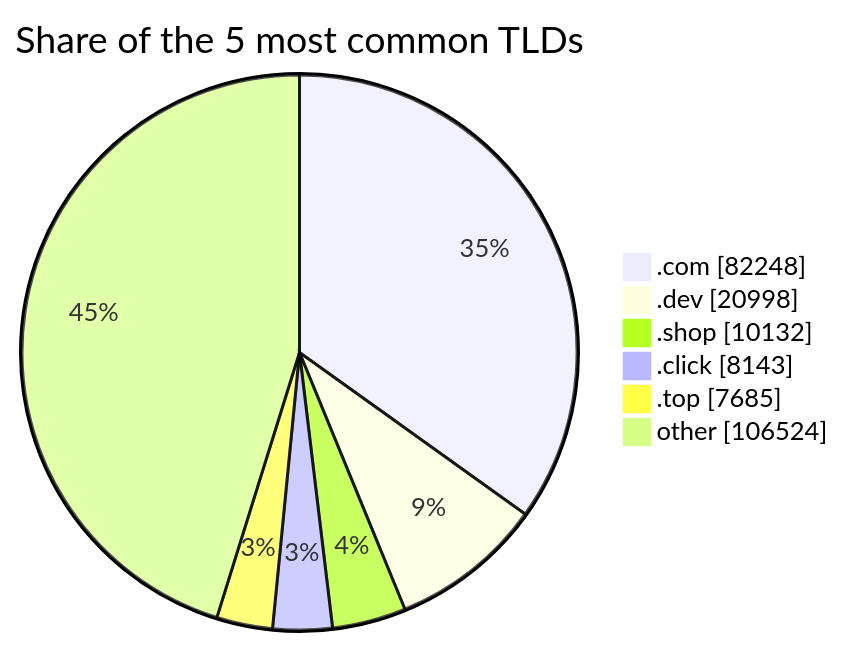
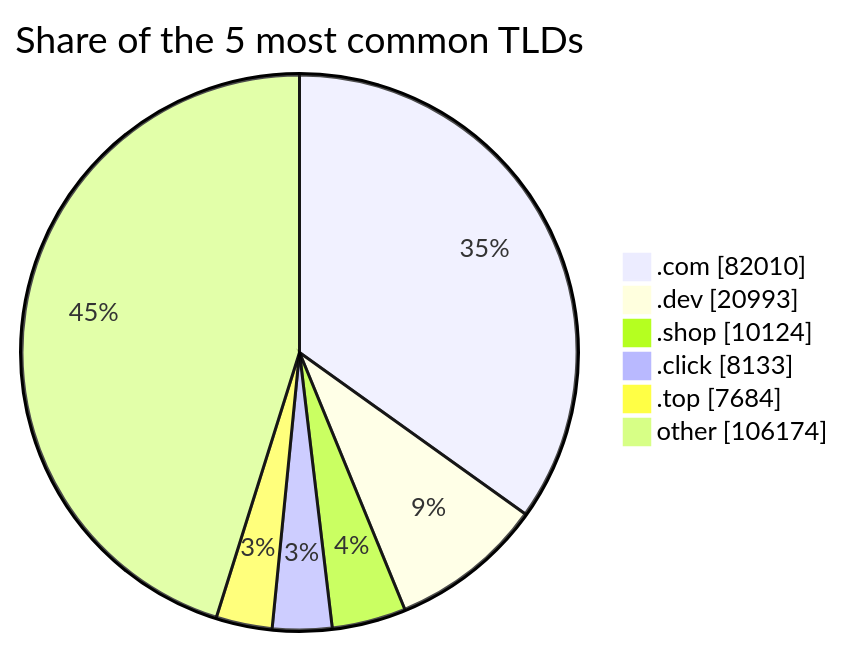
One commit to DNSBunker/CTI changed the third of 3 diagrams in README.md. Above: the diagram before and after it, drawn with Mermaid. The commit also changed other lines of this file and 3 other files, not shown here.

````diff
--- a/README.md
+++ b/README.md
@@ -81,9 +81,9 @@
 ```mermaid
 pie showData title Share of the 5 most common TLDs
-    ".com" : 82248
-    ".dev" : 20998
-    ".shop" : 10132
-    ".click" : 8143
-    ".top" : 7685
-    "other" : 106524
+    ".com" : 82010
+    ".dev" : 20993
+    ".shop" : 10124
+    ".click" : 8133
+    ".top" : 7684
+    "other" : 106174
 ```
````
